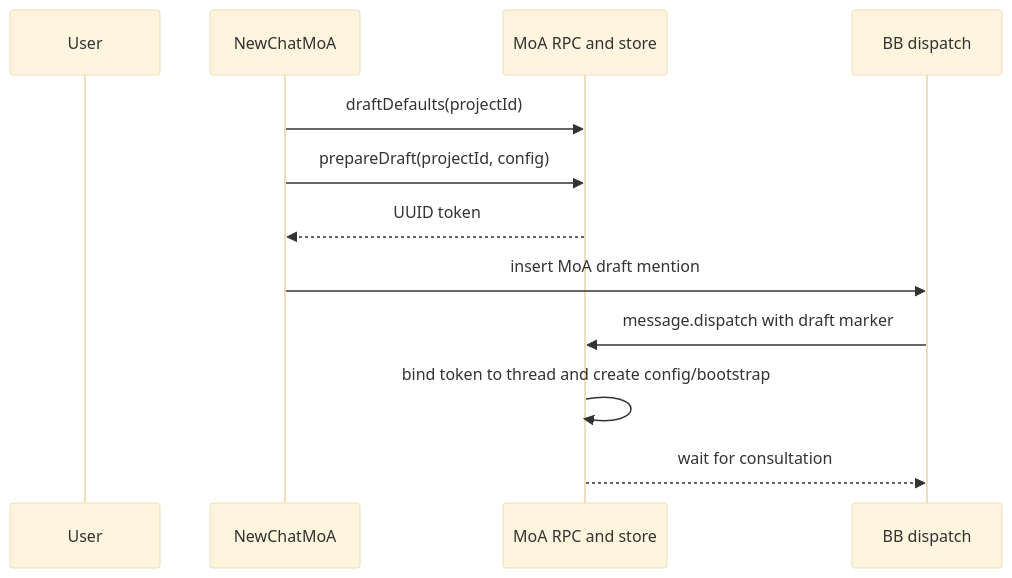
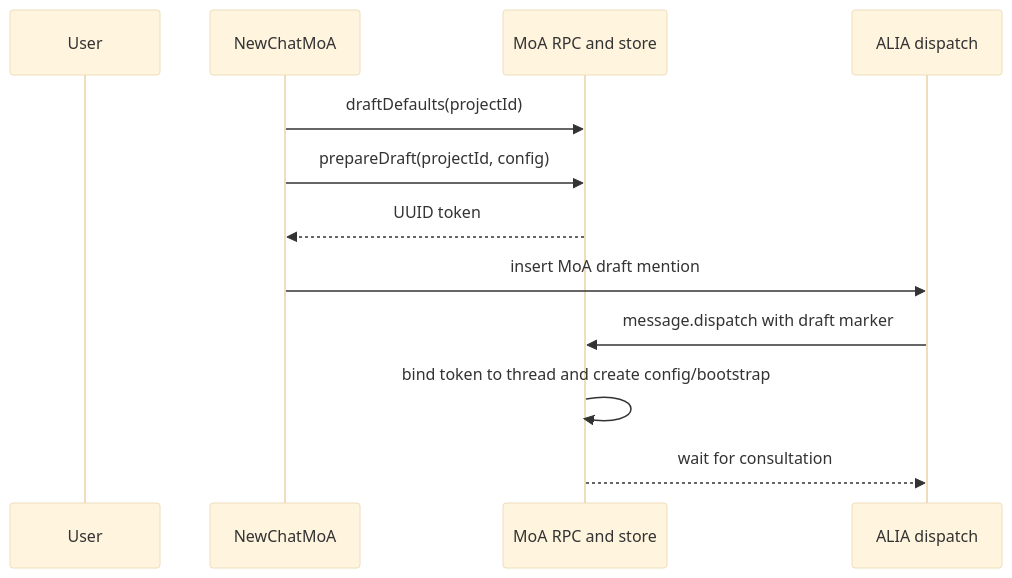
The fourth of 4 diagrams in plugins/moa/docs/architecture.md (Vesnalia/vesnalia-plugins), drawn with Mermaid (base theme) before and after one commit. The commit also changed other lines of this file and 13306 other files, not shown here.

````diff
--- a/plugins/moa/docs/architecture.md
+++ b/plugins/moa/docs/architecture.md
@@ -92,14 +92,14 @@
 ```mermaid
 sequenceDiagram
   participant User
   participant App as NewChatMoA
   participant Server as MoA RPC and store
-  participant Host as BB dispatch
+  participant Host as ALIA dispatch
   App->>Server: draftDefaults(projectId)
   App->>Server: prepareDraft(projectId, config)
   Server-->>App: UUID token
   App->>Host: insert MoA draft mention
   Host->>Server: message.dispatch with draft marker
   Server->>Server: bind token to thread and create config/bootstrap
   Server-->>Host: wait for consultation
 ```
````
